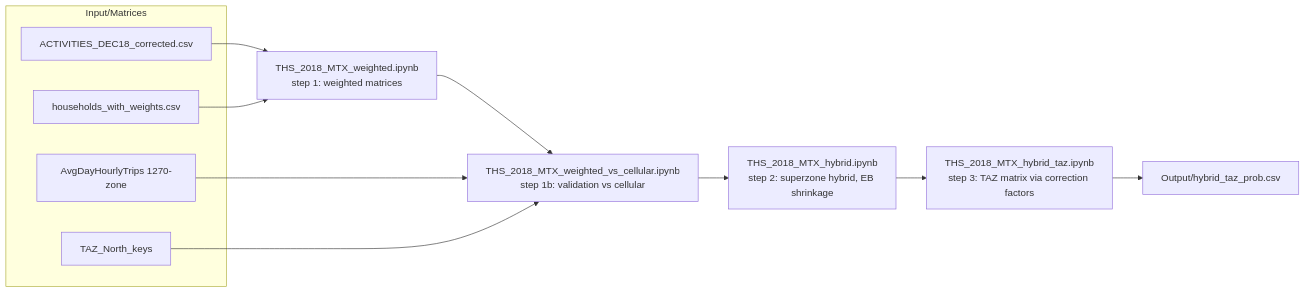
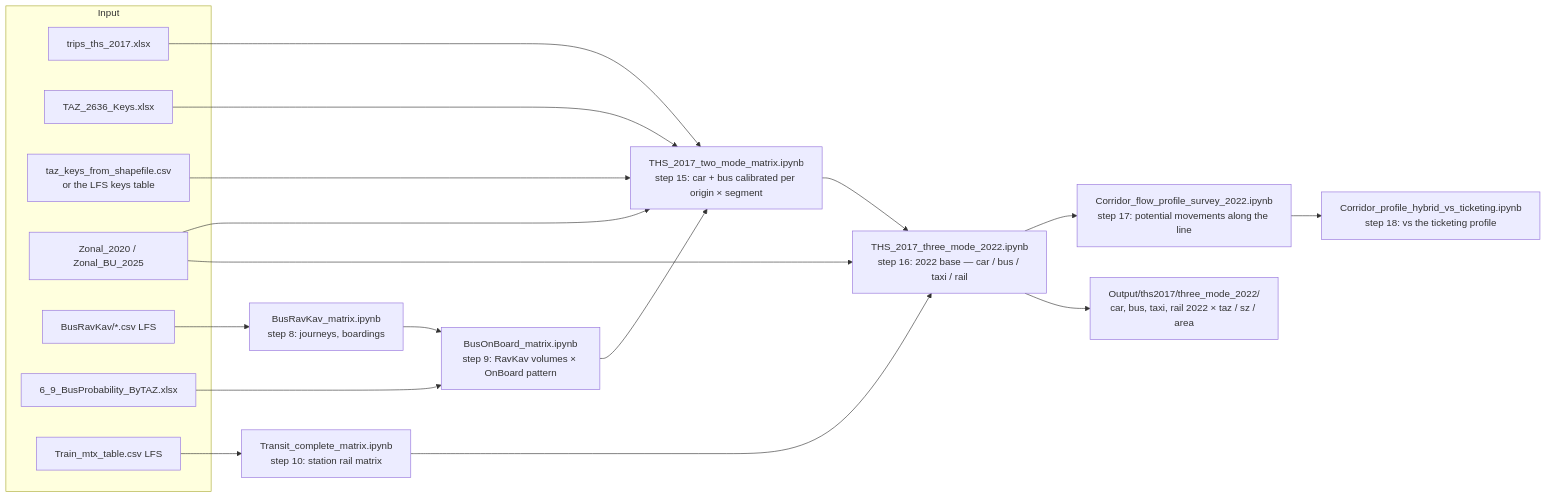
One commit to oh-da/Nofit_LRT_Extension changed the diagram in README.md. Above: the diagram before and after it, drawn with Mermaid. The commit also changed other lines of this file and 3 other files, not shown here.

````diff
--- a/README.md
+++ b/README.md
@@ -16,17 +28,27 @@
 ```mermaid
 flowchart LR
-    subgraph inputs [Input/Matrices]
-        ACT[ACTIVITIES_DEC18_corrected.csv]
-        HH[households_with_weights.csv]
-        CELL[AvgDayHourlyTrips 1270-zone]
-        KEYS[TAZ_North_keys]
+    subgraph inputs [Input]
+        THS[trips_ths_2017.xlsx]
+        K26[TAZ_2636_Keys.xlsx]
+        KEYS[taz_keys_from_shapefile.csv<br/>or the LFS keys table]
+        ZON[Zonal_2020 / Zonal_BU_2025]
+        RK[BusRavKav/*.csv  LFS]
+        OB[6_9_BusProbability_ByTAZ.xlsx]
+        TR[Train_mtx_table.csv  LFS]
     end
-    ACT --> NB1
-    HH --> NB1
-    NB1[THS_2018_MTX_weighted.ipynb<br/>step 1: weighted matrices] --> NB2
-    CELL --> NB2
-    KEYS --> NB2
-    NB2[THS_2018_MTX_weighted_vs_cellular.ipynb<br/>step 1b: validation vs cellular] --> NB3
-    NB3[THS_2018_MTX_hybrid.ipynb<br/>step 2: superzone hybrid, EB shrinkage] --> NB4
-    NB4[THS_2018_MTX_hybrid_taz.ipynb<br/>step 3: TAZ matrix via correction factors] --> OUT[Output/hybrid_taz_prob.csv]
+    RK --> NB8[BusRavKav_matrix.ipynb<br/>step 8: journeys, boardings]
+    NB8 --> NB9[BusOnBoard_matrix.ipynb<br/>step 9: RavKav volumes × OnBoard pattern]
+    OB --> NB9
+    TR --> NB10[Transit_complete_matrix.ipynb<br/>step 10: station rail matrix]
+    THS --> NB15
+    K26 --> NB15
+    KEYS --> NB15
+    ZON --> NB15
+    NB9 --> NB15[THS_2017_two_mode_matrix.ipynb<br/>step 15: car + bus calibrated per origin × segment]
+    NB15 --> NB16[THS_2017_three_mode_2022.ipynb<br/>step 16: 2022 base — car / bus / taxi / rail]
+    NB10 --> NB16
+    ZON --> NB16
+    NB16 --> NB17[Corridor_flow_profile_survey_2022.ipynb<br/>step 17: potential movements along the line]
+    NB17 --> NB18[Corridor_profile_hybrid_vs_ticketing.ipynb<br/>step 18: vs the ticketing profile]
+    NB16 --> OUT[Output/ths2017/three_mode_2022/<br/>car, bus, taxi, rail 2022 × taz / sz / area]
 ```
````
